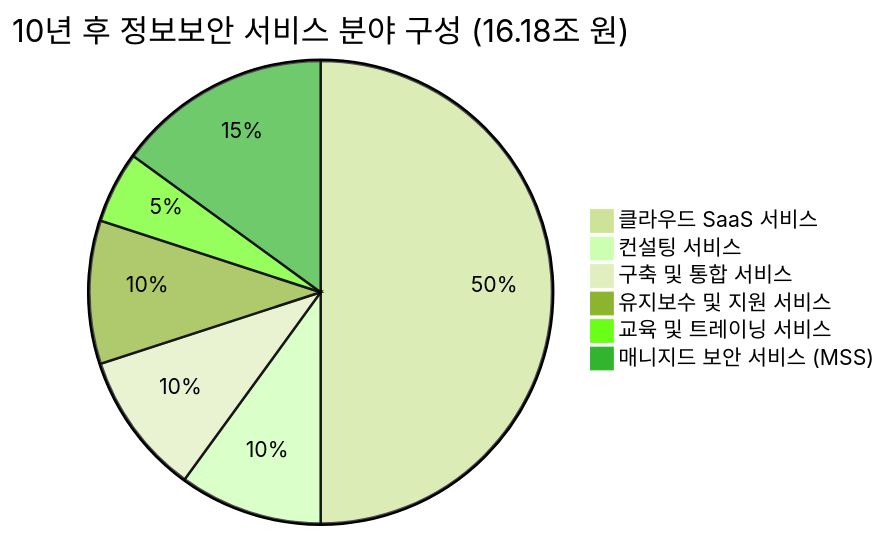
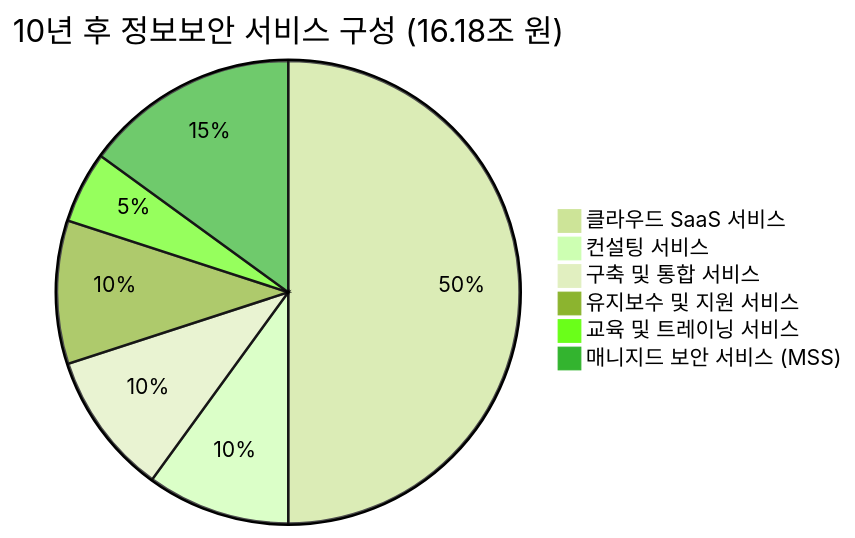
Before and after one commit to QubitSecurity/Market: the second of 4 diagrams in kr/forecast.md, drawn with Mermaid (forest theme). The commit also changed other lines of this file, not shown here.

````diff
--- a/kr/forecast.md
+++ b/kr/forecast.md
@@ -48,9 +48,9 @@
 ```mermaid
-pie title 10년 후 정보보안 서비스 분야 구성 (16.18조 원)
+pie title 10년 후 정보보안 서비스 구성 (16.18조 원)
     "클라우드 SaaS 서비스" : 50
     "컨설팅 서비스" : 10
     "구축 및 통합 서비스" : 10
     "유지보수 및 지원 서비스" : 10
     "교육 및 트레이닝 서비스" : 5
     "매니지드 보안 서비스 (MSS)" : 15
 ```
````
